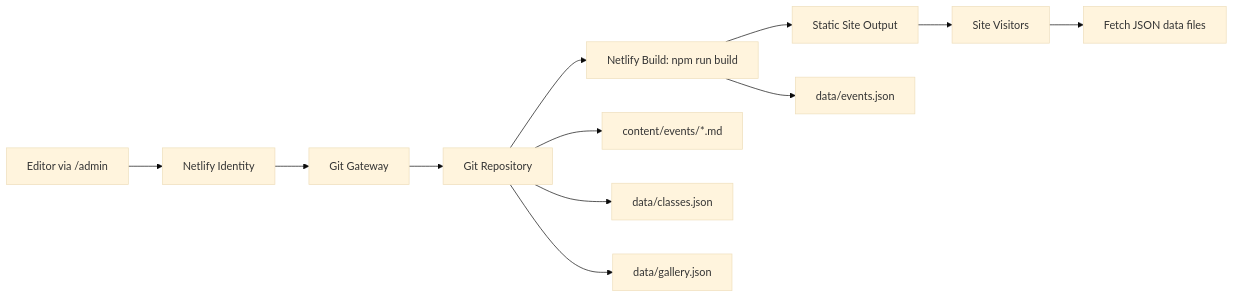
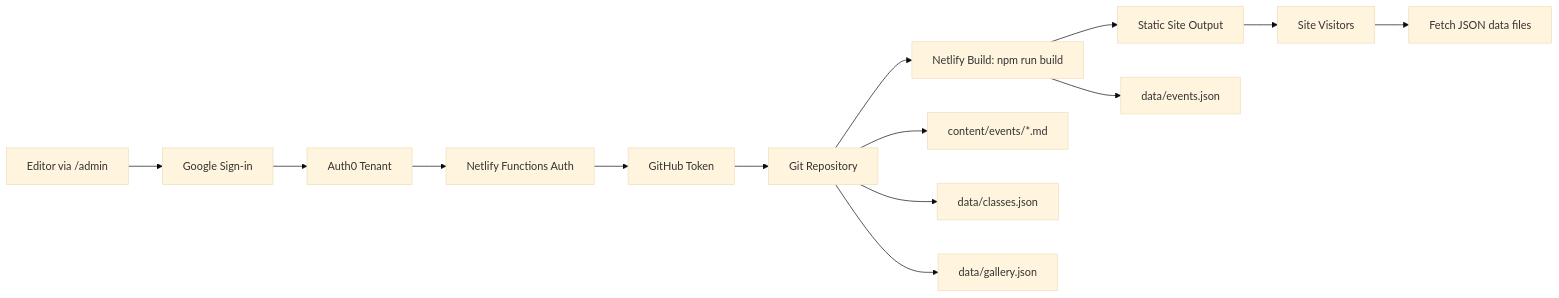
Before and after one commit to seattle-tabla-institute/seattletablainstitutenetlify.org: the diagram in README.md, drawn with Mermaid (base theme). The commit also changed other lines of this file and 7 other files, not shown here.

````diff
--- a/README.md
+++ b/README.md
@@ -19,15 +19,17 @@
 ```mermaid
 flowchart LR
-  Editor[Editor via /admin] --> Identity[Netlify Identity]
-  Identity --> Gateway[Git Gateway]
-  Gateway --> Repo[Git Repository]
+  Editor[Editor via /admin] --> Google[Google Sign-in]
+  Google --> Auth0[Auth0 Tenant]
+  Auth0 --> Functions[Netlify Functions Auth]
+  Functions --> Token[GitHub Token]
+  Token --> Repo[Git Repository]
   Repo --> Build[Netlify Build: npm run build]
   Build --> Static[Static Site Output]
 
   Repo --> EventsMD[content/events/*.md]
   Repo --> ClassesJSON[data/classes.json]
   Repo --> GalleryJSON[data/gallery.json]
   Build --> EventsJSON[data/events.json]
   Static --> Browser[Site Visitors]
   Browser --> DataFetch[Fetch JSON data files]
 ```
````
